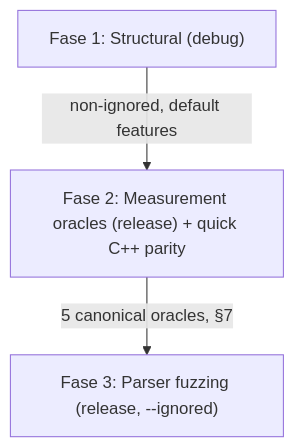
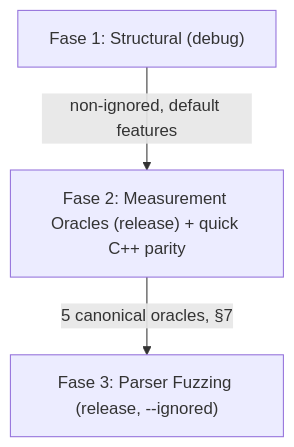
One commit to fabiohl/nam-rs changed the diagram in docs/testing.md. Above: the diagram before and after it, drawn with Mermaid. The commit also changed other lines of this file, not shown here.

````diff
--- a/docs/testing.md
+++ b/docs/testing.md
@@ -57,5 +44,5 @@
 ```mermaid
 graph TD
-    F1["Fase 1: Structural (debug)"] -->|non-ignored, default features| F2["Fase 2: Measurement oracles (release) + quick C++ parity"]
-    F2 -->|5 canonical oracles, §7| F3["Fase 3: Parser fuzzing (release, --ignored)"]
+    F1["Fase 1: Structural (debug)"] -->|non-ignored, default features| F2["Fase 2: Measurement Oracles (release) + quick C++ parity"]
+    F2 -->|5 canonical oracles, §7| F3["Fase 3: Parser Fuzzing (release, --ignored)"]
 ```
````
